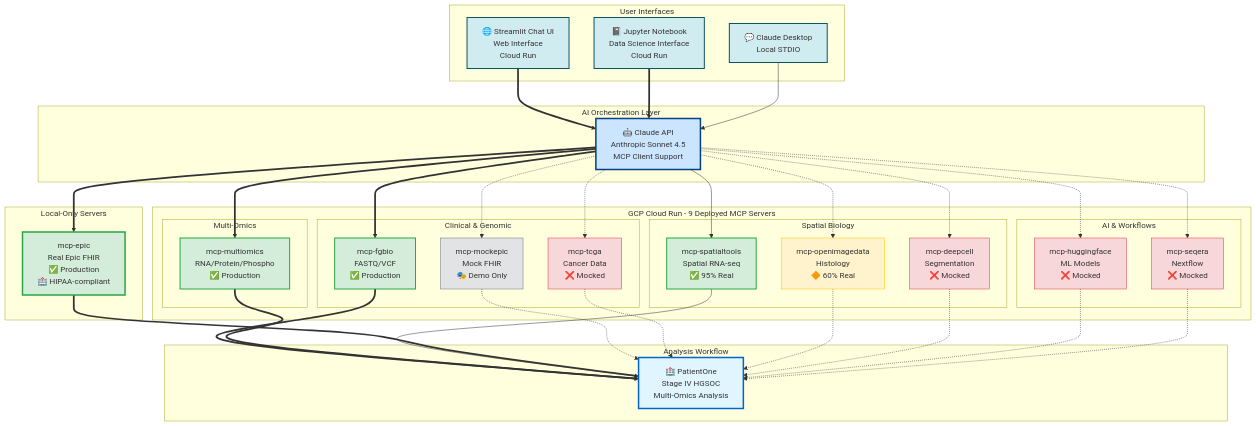
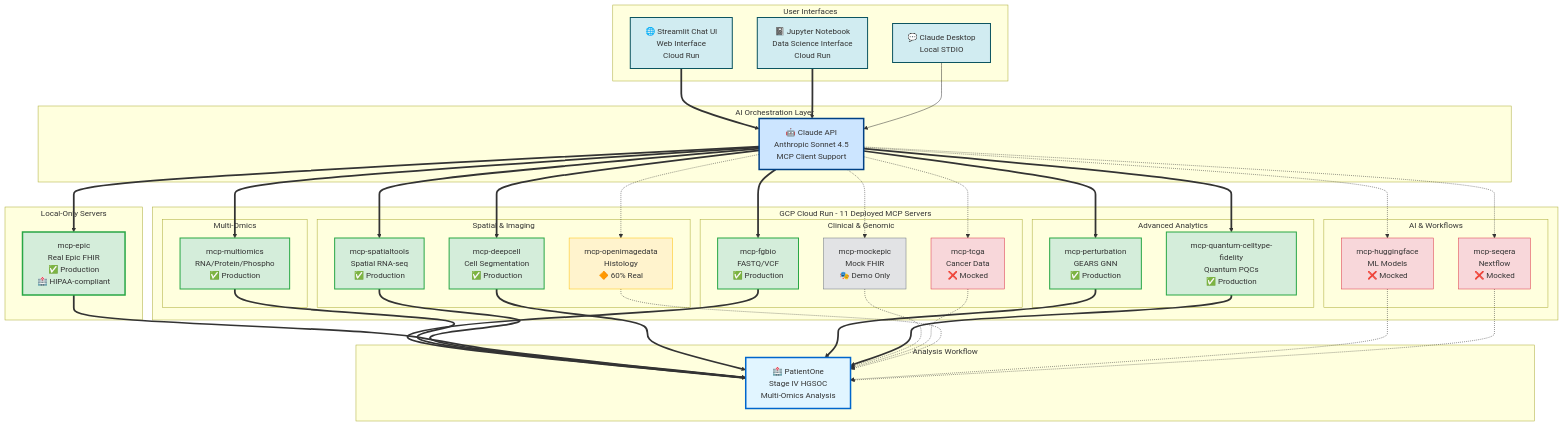
Before and after one commit to raymond301/precision-medicine-mcp: the diagram in docs/for-developers/README.md, drawn with Mermaid. The commit also changed other lines of this file and 2 other files, not shown here.

First paragraph of the commit message:
Update diagrams and server counts across key documentation
Updated all documentation to reflect accurate server counts (12 total, 7 production-ready) and tool counts (124 total).

```diff
--- a/docs/for-developers/README.md
+++ b/docs/for-developers/README.md
@@ -80,7 +80,7 @@
         REALEPIC[mcp-epic<br/>Real Epic FHIR<br/>✅ Production<br/>🏥 HIPAA-compliant]
     end
 
-    subgraph "GCP Cloud Run - 9 Deployed MCP Servers"
+    subgraph "GCP Cloud Run - 11 Deployed MCP Servers"
         subgraph "Clinical & Genomic"
             MOCKEPIC[mcp-mockepic<br/>Mock FHIR<br/>🎭 Demo Only]
             FGBIO[mcp-fgbio<br/>FASTQ/VCF<br/>✅ Production]
@@ -91,10 +91,15 @@
             MULTI[mcp-multiomics<br/>RNA/Protein/Phospho<br/>✅ Production]
         end
 
-        subgraph "Spatial Biology"
-            SPATIAL[mcp-spatialtools<br/>Spatial RNA-seq<br/>✅ 95% Real]
+        subgraph "Spatial & Imaging"
+            SPATIAL[mcp-spatialtools<br/>Spatial RNA-seq<br/>✅ Production]
             IMAGE[mcp-openimagedata<br/>Histology<br/>🔶 60% Real]
-            DEEPCELL[mcp-deepcell<br/>Segmentation<br/>❌ Mocked]
+            DEEPCELL[mcp-deepcell<br/>Cell Segmentation<br/>✅ Production]
+        end
+
+        subgraph "Advanced Analytics"
+            PERTURB[mcp-perturbation<br/>GEARS GNN<br/>✅ Production]
+            QUANTUM[mcp-quantum-celltype-fidelity<br/>Quantum PQCs<br/>✅ Production]
         end
 
         subgraph "AI & Workflows"
@@ -113,23 +118,27 @@
 
     API ==> FGBIO
     API ==> MULTI
-    API --> SPATIAL
+    API ==> SPATIAL
     API ==> REALEPIC
+    API ==> DEEPCELL
+    API ==> PERTURB
+    API ==> QUANTUM
     API -.-> MOCKEPIC
     API -.-> TCGA
     API -.-> IMAGE
-    API -.-> DEEPCELL
     API -.-> HF
     API -.-> SEQERA
 
     FGBIO ==> PATIENT
     MULTI ==> PATIENT
-    SPATIAL --> PATIENT
+    SPATIAL ==> PATIENT
     REALEPIC ==> PATIENT
+    DEEPCELL ==> PATIENT
+    PERTURB ==> PATIENT
+    QUANTUM ==> PATIENT
     MOCKEPIC -.-> PATIENT
     TCGA -.-> PATIENT
     IMAGE -.-> PATIENT
-    DEEPCELL -.-> PATIENT
     HF -.-> PATIENT
     SEQERA -.-> PATIENT
 
@@ -142,9 +151,11 @@
     style MULTI fill:#d4edda,stroke:#28a745,stroke-width:2px
     style SPATIAL fill:#d4edda,stroke:#28a745,stroke-width:2px
     style REALEPIC fill:#d4edda,stroke:#28a745,stroke-width:3px
+    style DEEPCELL fill:#d4edda,stroke:#28a745,stroke-width:2px
+    style PERTURB fill:#d4edda,stroke:#28a745,stroke-width:2px
+    style QUANTUM fill:#d4edda,stroke:#28a745,stroke-width:2px
     style IMAGE fill:#fff3cd,stroke:#ffc107,stroke-width:1px
     style TCGA fill:#f8d7da,stroke:#dc3545,stroke-width:1px
-    style DEEPCELL fill:#f8d7da,stroke:#dc3545,stroke-width:1px
     style HF fill:#f8d7da,stroke:#dc3545,stroke-width:1px
     style SEQERA fill:#f8d7da,stroke:#dc3545,stroke-width:1px
     style MOCKEPIC fill:#e2e3e5,stroke:#6c757d,stroke-width:1px
```
